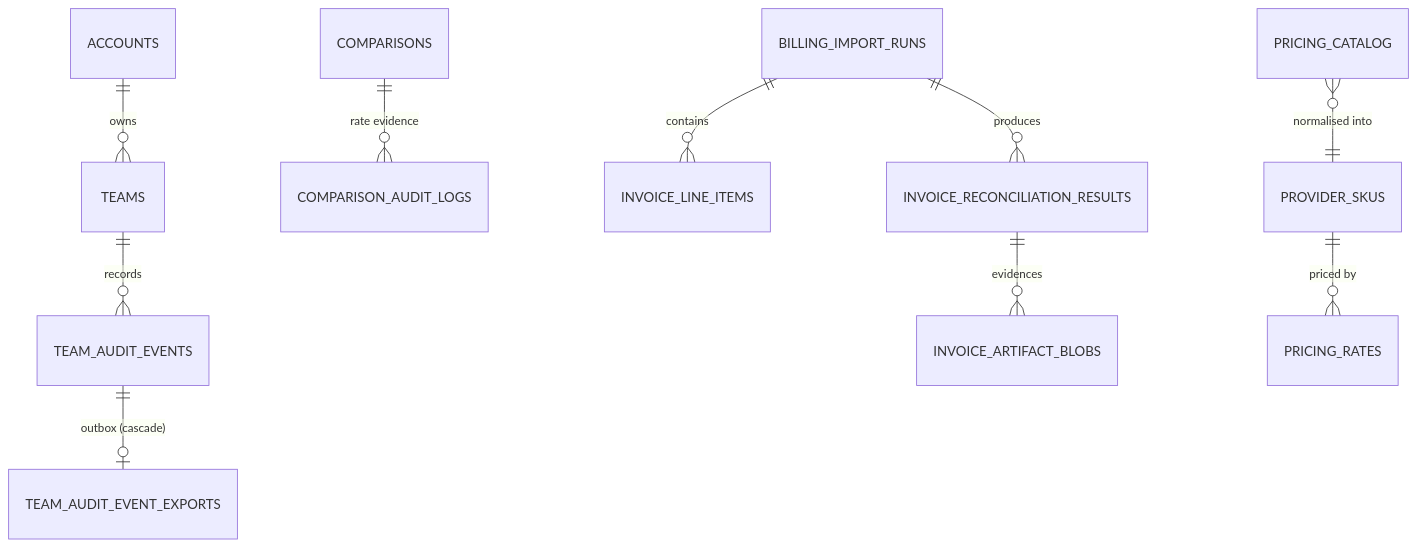
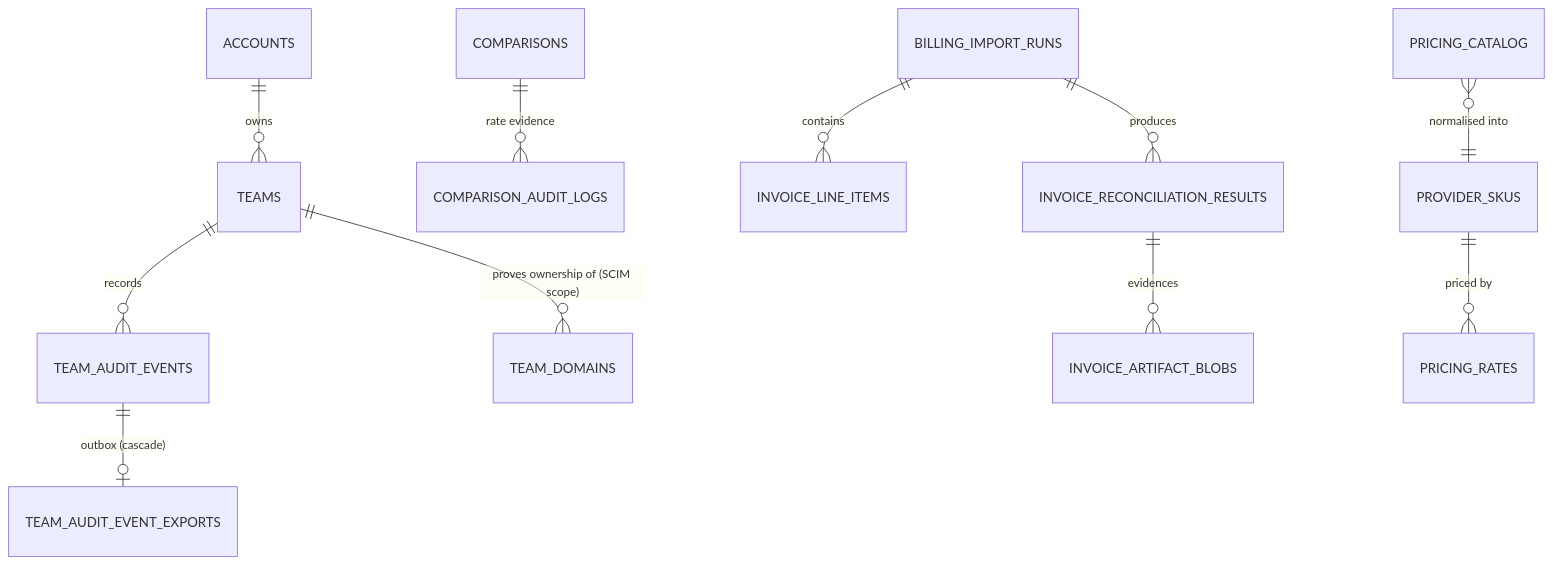
Diagram 24 of 24 in docs/DIAGRAMS.md (adeelarshad414/polycost), drawn with Mermaid before and after one commit. The commit also changed 30 other files, not shown here.

First line of the commit message:
feat(scim): scope SCIM to DNS-verified team domains (H-01 target state) (#297)

````diff
--- a/docs/DIAGRAMS.md
+++ b/docs/DIAGRAMS.md
@@ -622,12 +622,13 @@
 ```mermaid
 erDiagram
     ACCOUNTS ||--o{ TEAMS : owns
     TEAMS ||--o{ TEAM_AUDIT_EVENTS : records
+    TEAMS ||--o{ TEAM_DOMAINS : "proves ownership of (SCIM scope)"
     TEAM_AUDIT_EVENTS ||--o| TEAM_AUDIT_EVENT_EXPORTS : "outbox (cascade)"
     COMPARISONS ||--o{ COMPARISON_AUDIT_LOGS : "rate evidence"
     BILLING_IMPORT_RUNS ||--o{ INVOICE_LINE_ITEMS : contains
     BILLING_IMPORT_RUNS ||--o{ INVOICE_RECONCILIATION_RESULTS : produces
     INVOICE_RECONCILIATION_RESULTS ||--o{ INVOICE_ARTIFACT_BLOBS : evidences
     PRICING_CATALOG }o--|| PROVIDER_SKUS : "normalised into"
     PROVIDER_SKUS ||--o{ PRICING_RATES : "priced by"
 ```
````
